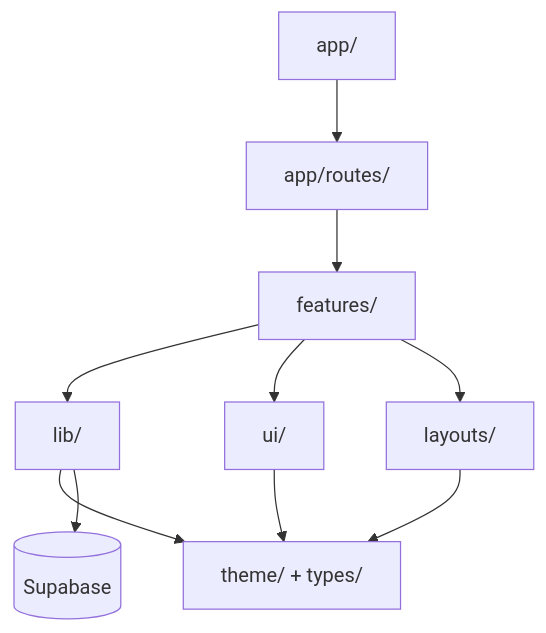
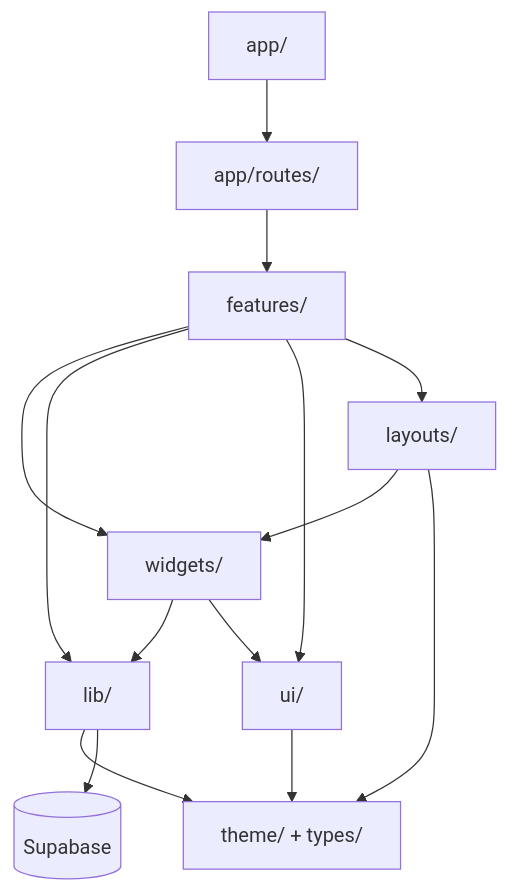
The diagram in README.md (nbhansen/Talrum), drawn with Mermaid before and after one commit. The commit also changed other lines of this file and 22 other files, not shown here.

````diff
--- a/README.md
+++ b/README.md
@@ -52,20 +52,25 @@
 ```mermaid
 flowchart TD
     app[app/]
     routes[app/routes/]
     features[features/]
+    widgets[widgets/]
     lib[lib/]
     ui[ui/]
     layouts[layouts/]
     base[theme/ + types/]
     sb[(Supabase)]
 
     app --> routes --> features
+    features --> widgets
     features --> lib
     features --> ui
     features --> layouts
+    widgets --> lib
+    widgets --> ui
+    layouts --> widgets
     lib --> base
     ui --> base
     layouts --> base
     lib --> sb
 ```
````
